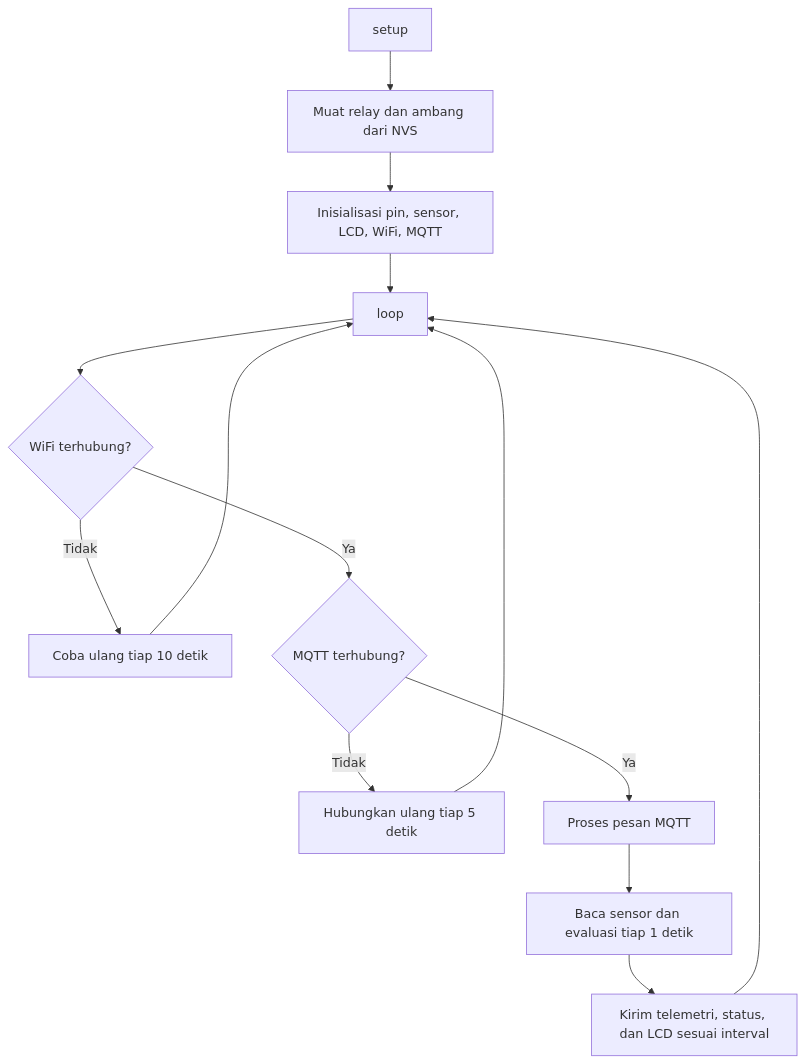
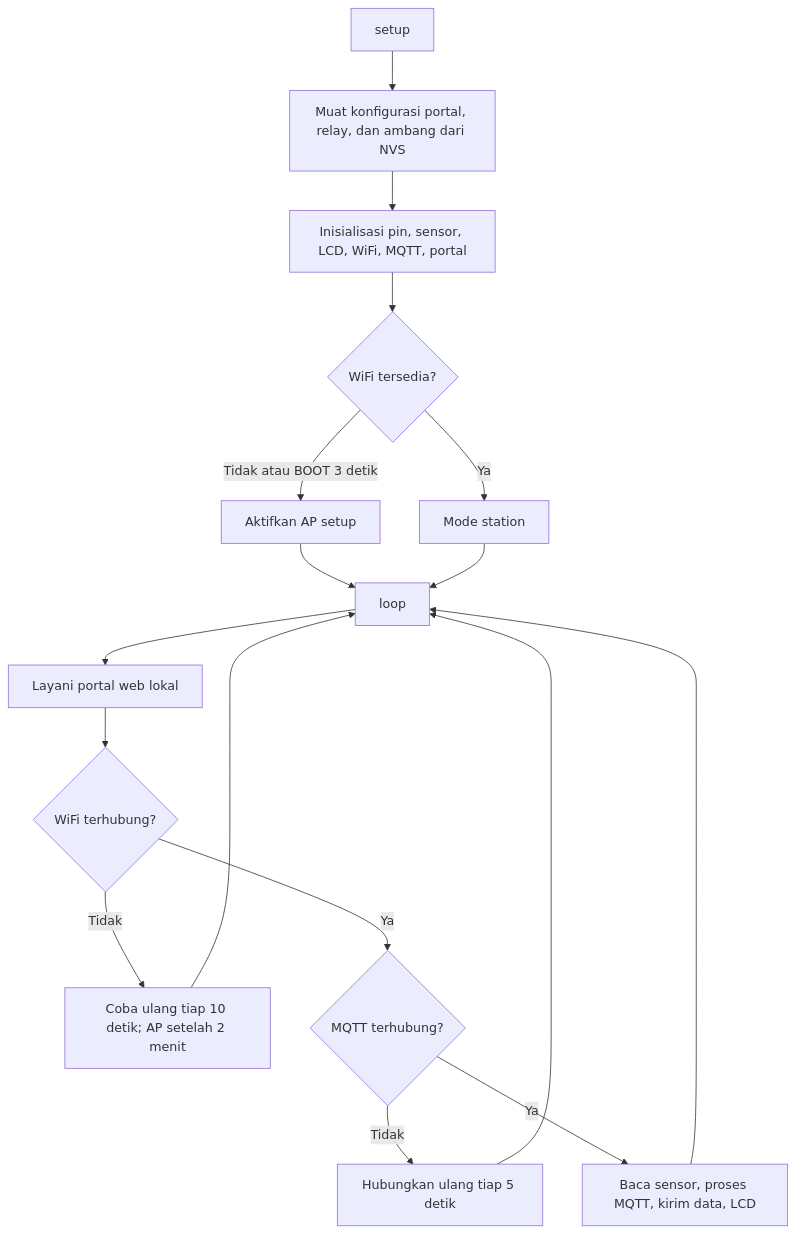
Before and after one commit to rasiharunart1/smartsocketlaravel: the seventh of 8 diagrams in docs/perancangan.md, drawn with Mermaid. The commit also changed other lines of this file and 16 other files, not shown here.

````diff
--- a/docs/perancangan.md
+++ b/docs/perancangan.md
@@ -120,16 +121,19 @@
 ```mermaid
 flowchart TD
-  A[setup] --> B[Muat relay dan ambang dari NVS]
-  B --> C[Inisialisasi pin, sensor, LCD, WiFi, MQTT]
-  C --> D[loop]
-  D --> E{WiFi terhubung?}
-  E -- Tidak --> F[Coba ulang tiap 10 detik]
-  F --> D
-  E -- Ya --> G{MQTT terhubung?}
-  G -- Tidak --> H[Hubungkan ulang tiap 5 detik]
-  H --> D
-  G -- Ya --> I[Proses pesan MQTT]
-  I --> J[Baca sensor dan evaluasi tiap 1 detik]
-  J --> K[Kirim telemetri, status, dan LCD sesuai interval]
-  K --> D
+  A[setup] --> B[Muat konfigurasi portal, relay, dan ambang dari NVS]
+  B --> C[Inisialisasi pin, sensor, LCD, WiFi, MQTT, portal]
+  C --> D{WiFi tersedia?}
+  D -- Tidak atau BOOT 3 detik --> E[Aktifkan AP setup]
+  D -- Ya --> F[Mode station]
+  E --> G[loop]
+  F --> G
+  G --> H[Layani portal web lokal]
+  H --> I{WiFi terhubung?}
+  I -- Tidak --> J[Coba ulang tiap 10 detik; AP setelah 2 menit]
+  J --> G
+  I -- Ya --> K{MQTT terhubung?}
+  K -- Tidak --> L[Hubungkan ulang tiap 5 detik]
+  L --> G
+  K -- Ya --> M[Baca sensor, proses MQTT, kirim data, LCD]
+  M --> G
 ```
````
